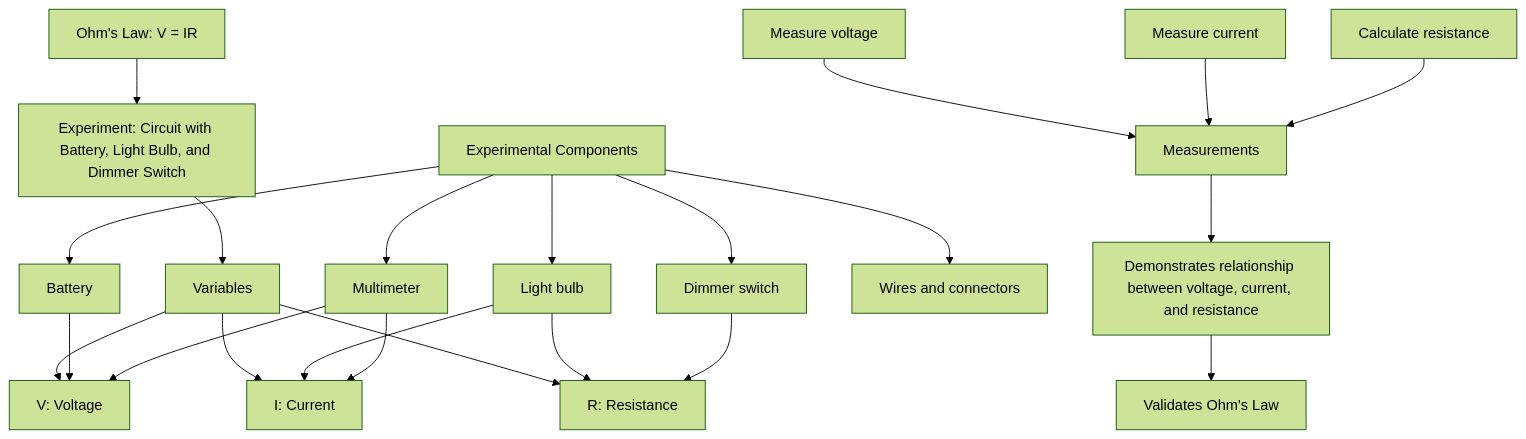
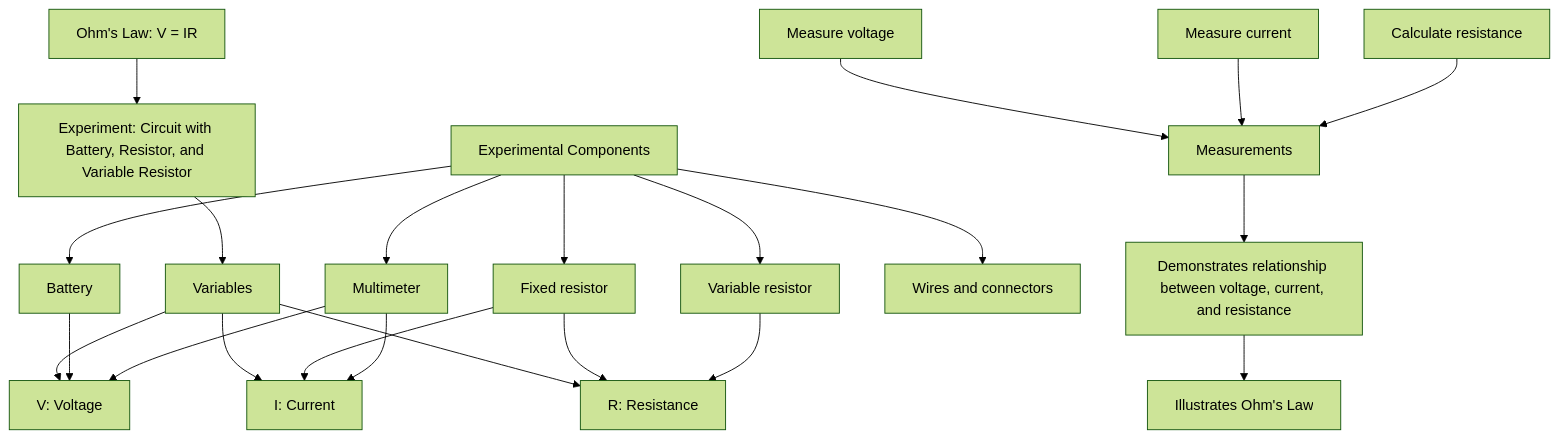
The fourth of 35 diagrams in README.md (Josh-XT/math), drawn with Mermaid (forest theme) before and after one commit. The commit also changed other lines of this file, not shown here.

````diff
--- a/README.md
+++ b/README.md
@@ -590,29 +593,29 @@
 ```mermaid
 graph TD
-    A["Ohm's Law: V = IR"] --> B["Experiment: Circuit with Battery, Light Bulb, and Dimmer Switch"]
+    A["Ohm's Law: V = IR"] --> B["Experiment: Circuit with Battery, Resistor, and Variable Resistor"]
     B --> C["Variables"]
     C --> D["V: Voltage"]
     C --> E["I: Current"]
     C --> F["R: Resistance"]
     
     G["Experimental Components"] --> H["Battery"]
-    G --> I["Light bulb"]
-    G --> J["Dimmer switch"]
+    G --> I["Fixed resistor"]
+    G --> J["Variable resistor"]
     G --> K["Multimeter"]
     G --> L["Wires and connectors"]
     
     H --> D
     I --> E
     I --> F
     J --> F
     K --> D
     K --> E
     
     M["Measurements"]
     N["Measure voltage"] --> M
     O["Measure current"] --> M
     P["Calculate resistance"] --> M
     
     M --> Q["Demonstrates relationship between voltage, current, and resistance"]
-    Q --> R["Validates Ohm's Law"]
+    Q --> R["Illustrates Ohm's Law"]
 ```
````
